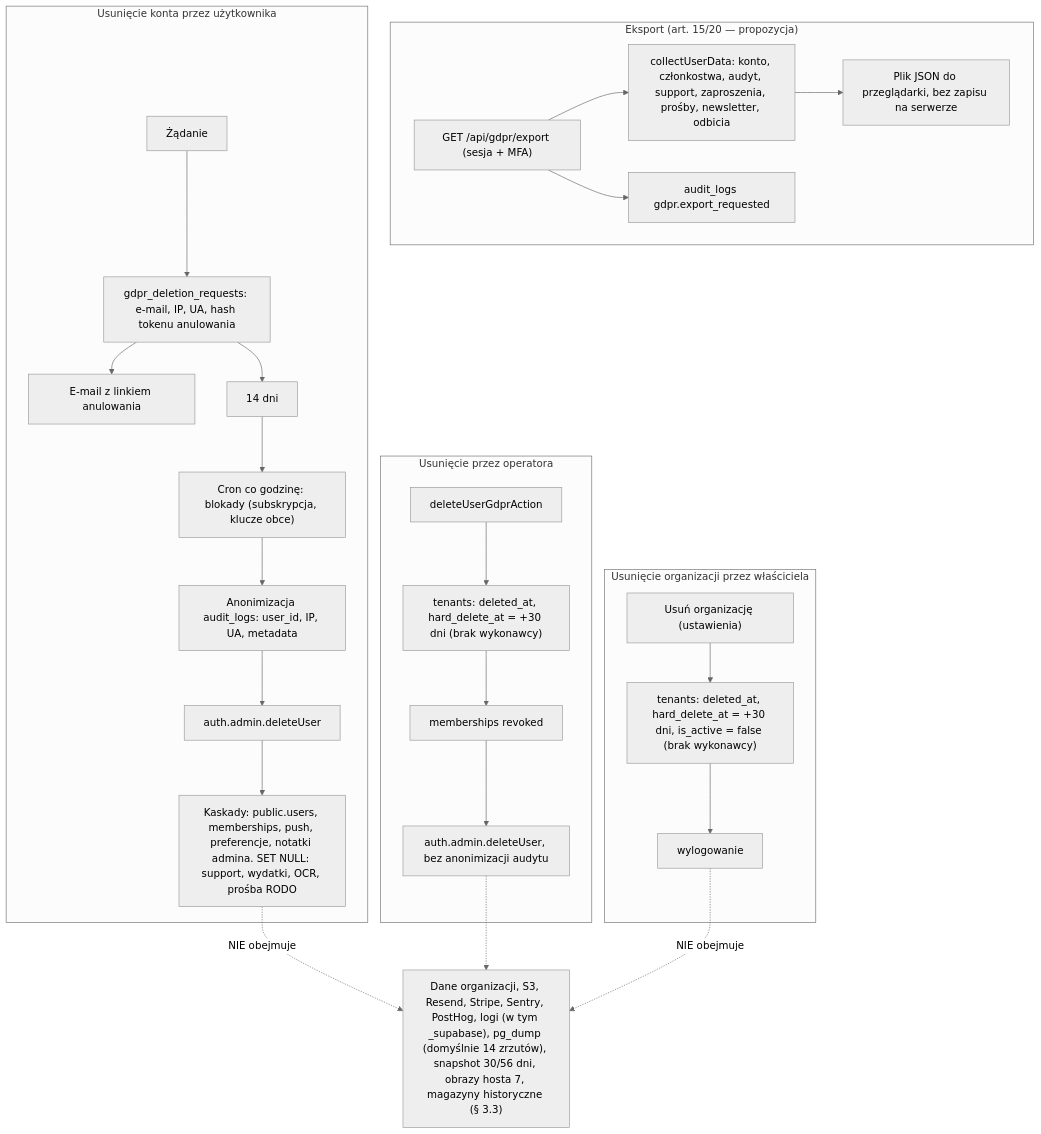
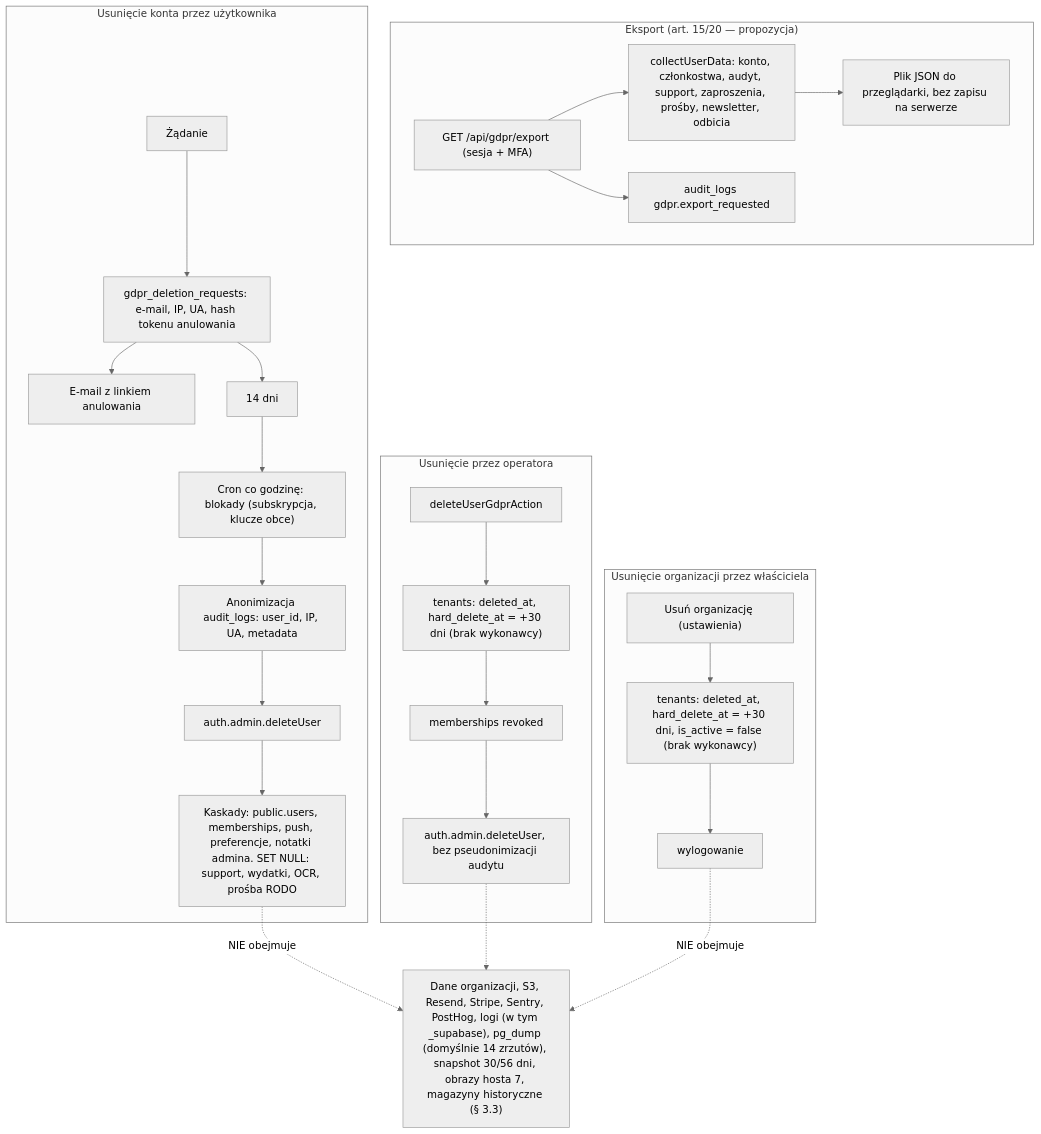
Before and after one commit to ezior8888-cpu/ksef-saas: the sixth of 7 diagrams in docs/audyt/13-prywatnosc-i-zgodnosc/02-INWENTARZ-I-PRZEPLYWY.md, drawn with Mermaid (neutral theme). The commit also changed other lines of this file and 16 other files, not shown here.

````diff
--- a/docs/audyt/13-prywatnosc-i-zgodnosc/02-INWENTARZ-I-PRZEPLYWY.md
+++ b/docs/audyt/13-prywatnosc-i-zgodnosc/02-INWENTARZ-I-PRZEPLYWY.md
@@ -392,29 +399,29 @@
 ```mermaid
 flowchart TB
   subgraph EKSPORT["Eksport (art. 15/20 — propozycja)"]
     E1["GET /api/gdpr/export (sesja + MFA)"] --> E2["collectUserData: konto, członkostwa, audyt, support, zaproszenia, prośby, newsletter, odbicia"]
     E2 --> E3["Plik JSON do przeglądarki, bez zapisu na serwerze"]
     E1 --> E4["audit_logs gdpr.export_requested"]
   end
   subgraph USUNIECIE["Usunięcie konta przez użytkownika"]
     D1["Żądanie"] --> D2["gdpr_deletion_requests: e-mail, IP, UA, hash tokenu anulowania"]
     D2 --> D3["E-mail z linkiem anulowania"]
     D2 --> D4["14 dni"]
     D4 --> D5["Cron co godzinę: blokady (subskrypcja, klucze obce)"]
     D5 --> D6["Anonimizacja audit_logs: user_id, IP, UA, metadata"]
     D6 --> D7["auth.admin.deleteUser"]
     D7 --> D8["Kaskady: public.users, memberships, push, preferencje, notatki admina. SET NULL: support, wydatki, OCR, prośba RODO"]
   end
   subgraph ADMIN["Usunięcie przez operatora"]
     A1["deleteUserGdprAction"] --> A2["tenants: deleted_at, hard_delete_at = +30 dni (brak wykonawcy)"]
     A2 --> A3["memberships revoked"]
-    A3 --> A4["auth.admin.deleteUser, bez anonimizacji audytu"]
+    A3 --> A4["auth.admin.deleteUser, bez pseudonimizacji audytu"]
   end
   subgraph OWNER["Usunięcie organizacji przez właściciela"]
     W1["Usuń organizację (ustawienia)"] --> W2["tenants: deleted_at, hard_delete_at = +30 dni, is_active = false (brak wykonawcy)"]
     W2 --> W3["wylogowanie"]
   end
   D8 -.->|"NIE obejmuje"| X["Dane organizacji, S3, Resend, Stripe, Sentry, PostHog, logi (w tym _supabase), pg_dump (domyślnie 14 zrzutów), snapshot 30/56 dni, obrazy hosta 7, magazyny historyczne (§ 3.3)"]
   A4 -.-> X
   W3 -.->|"NIE obejmuje"| X
 ```
````
